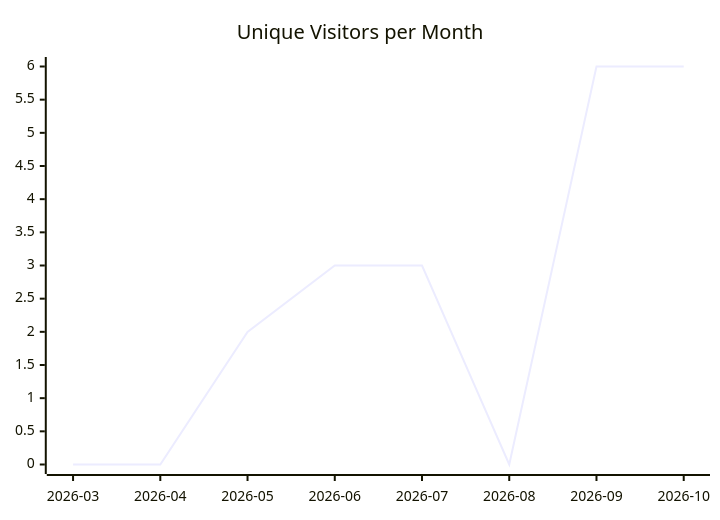
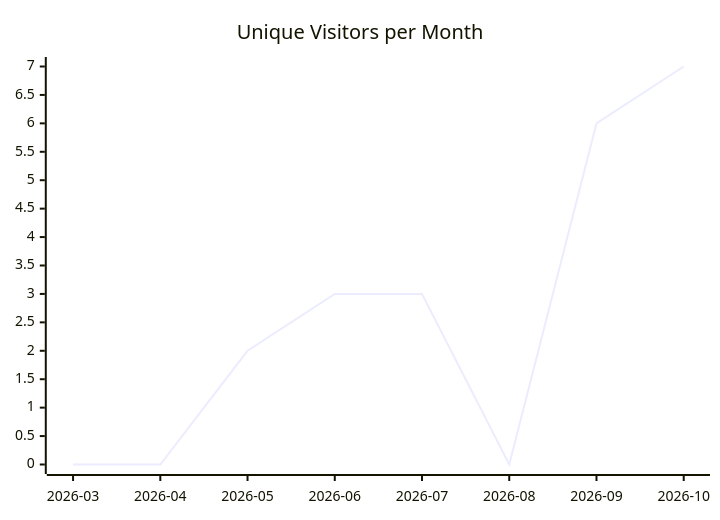
Before and after one commit to justdavis-family/github-analytics-data: the first of 3 diagrams in karlmdavis/justdavis-karl/README.md, drawn with Mermaid. The commit also changed other lines of this file and 197 other files, not shown here.

````diff
--- a/karlmdavis/justdavis-karl/README.md
+++ b/karlmdavis/justdavis-karl/README.md
@@ -5,6 +5,6 @@
 ```mermaid
 xychart-beta
   title "Unique Visitors per Month"
   x-axis ["2026-03", "2026-04", "2026-05", "2026-06", "2026-07", "2026-08", "2026-09", "2026-10"]
-  line [0, 0, 2, 3, 3, 0, 6, 6]
+  line [0, 0, 2, 3, 3, 0, 6, 7]
 ```
````
